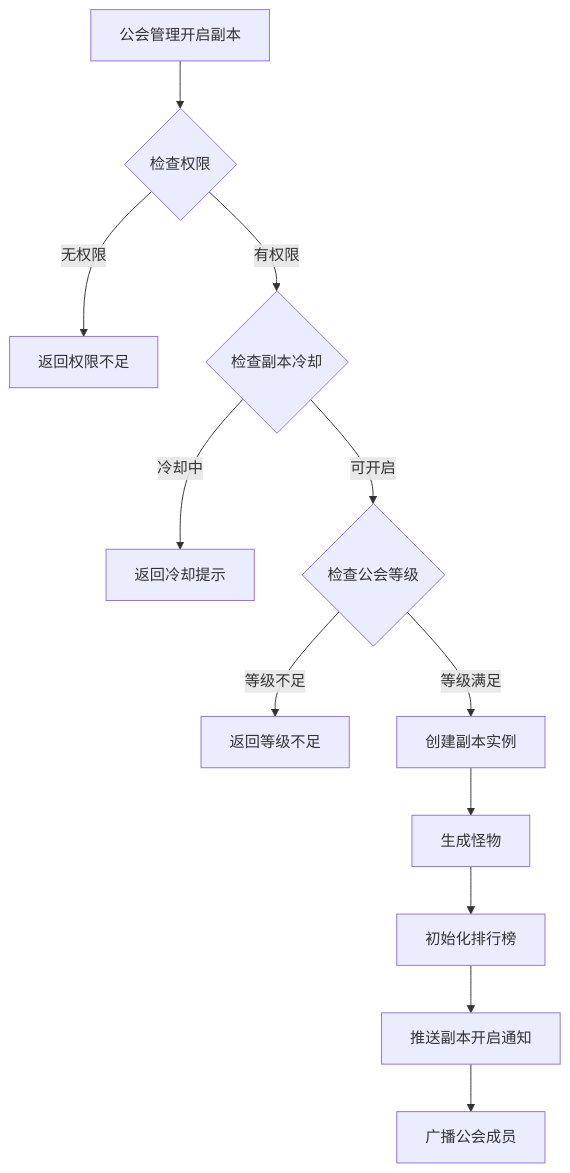
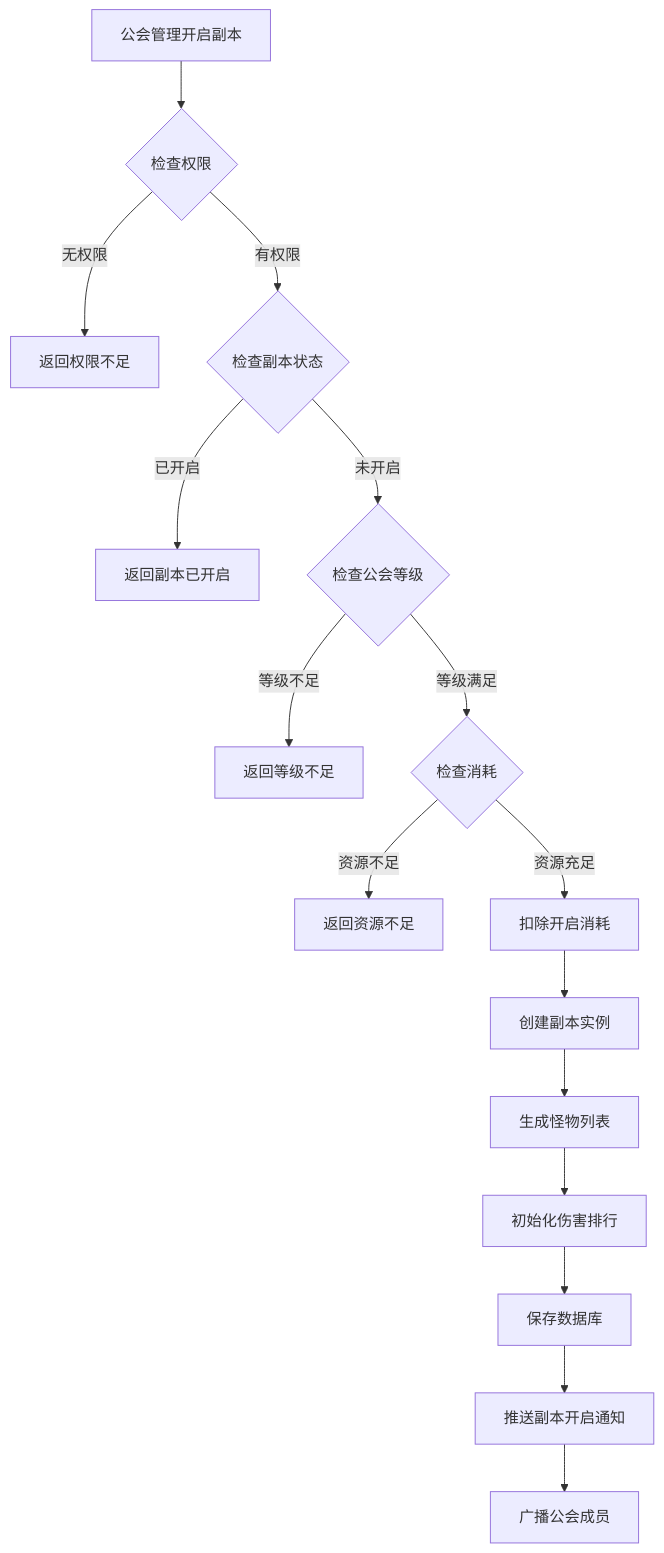
The second of 8 diagrams in docs/Module_GuildDungeon/05_完整说明.md (Alan-Ben/k2c_game_framework), drawn with Mermaid before and after one commit. The commit also changed other lines of this file and 1 other file, not shown here.

Commit message:
docs: 深度完善 GuildDungeon 模块文档（完整字段、流程图、代码示例）

````diff
--- a/docs/Module_GuildDungeon/05_完整说明.md
+++ b/docs/Module_GuildDungeon/05_完整说明.md
@@ -66,14 +110,18 @@
 ```mermaid
 flowchart TD
     A[公会管理开启副本] --> B{检查权限}
     B -->|无权限| C[返回权限不足]
-    B -->|有权限| D{检查副本冷却}
-    D -->|冷却中| E[返回冷却提示]
-    D -->|可开启| F{检查公会等级}
+    B -->|有权限| D{检查副本状态}
+    D -->|已开启| E[返回副本已开启]
+    D -->|未开启| F{检查公会等级}
     F -->|等级不足| G[返回等级不足]
-    F -->|等级满足| H[创建副本实例]
-    H --> I[生成怪物]
-    I --> J[初始化排行榜]
-    J --> K[推送副本开启通知]
-    K --> L[广播公会成员]
+    F -->|等级满足| H{检查消耗}
+    H -->|资源不足| I[返回资源不足]
+    H -->|资源充足| J[扣除开启消耗]
+    J --> K[创建副本实例]
+    K --> L[生成怪物列表]
+    L --> M[初始化伤害排行]
+    M --> N[保存数据库]
+    N --> O[推送副本开启通知]
+    O --> P[广播公会成员]
 ```
````
